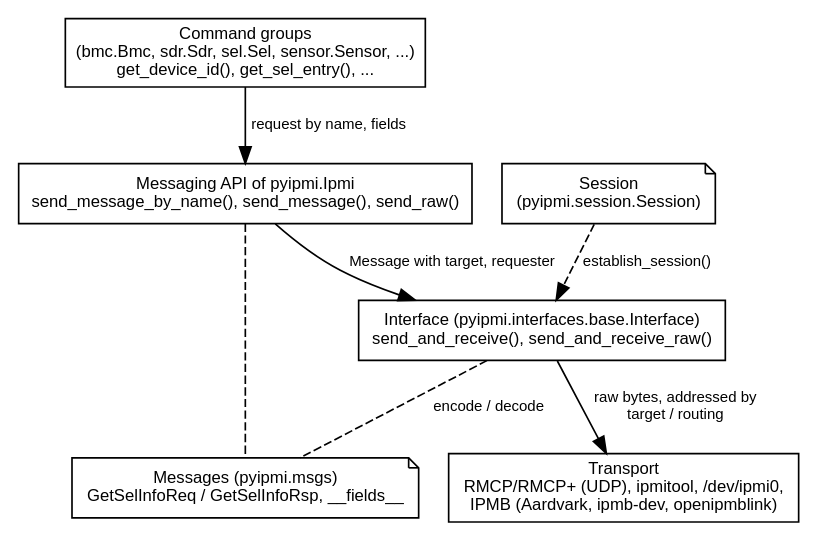
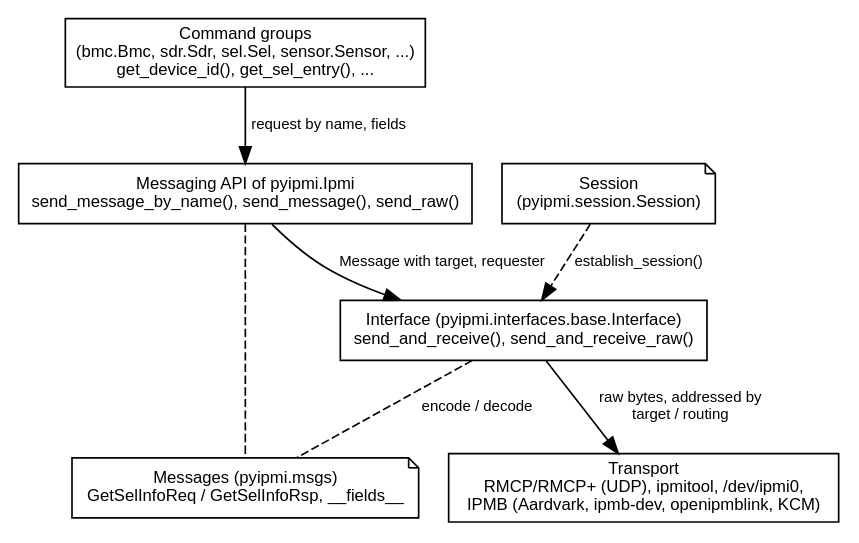
One commit to kontron/python-ipmi changed the diagram in docs/source/interfaces.rst. Above: the diagram before and after it, drawn with Graphviz. The commit also changed other lines of this file and 11 other files, not shown here.

```diff
--- a/docs/source/interfaces.rst
+++ b/docs/source/interfaces.rst
@@ -14,21 +14,21 @@
 .. graphviz::
 
    digraph layers {
        rankdir=TB;
        node [shape=box, fontname="sans-serif", fontsize=10];
        edge [fontname="sans-serif", fontsize=9];
 
        commands [label="Command groups\n(bmc.Bmc, sdr.Sdr, sel.Sel, sensor.Sensor, ...)\nget_device_id(), get_sel_entry(), ..."];
        messaging [label="Messaging API of pyipmi.Ipmi\nsend_message_by_name(), send_message(), send_raw()"];
        msgs [label="Messages (pyipmi.msgs)\nGetSelInfoReq / GetSelInfoRsp, __fields__", shape=note];
        interface [label="Interface (pyipmi.interfaces.base.Interface)\nsend_and_receive(), send_and_receive_raw()"];
-       transport [label="Transport\nRMCP/RMCP+ (UDP), ipmitool, /dev/ipmi0,\nIPMB (Aardvark, ipmb-dev, openipmblink)"];
+       transport [label="Transport\nRMCP/RMCP+ (UDP), ipmitool, /dev/ipmi0,\nIPMB (Aardvark, ipmb-dev, openipmblink, KCM)"];
        session [label="Session\n(pyipmi.session.Session)", shape=note];
 
        commands -> messaging [label=" request by name, fields"];
        messaging -> interface [label=" Message with target, requester"];
        interface -> transport [label=" raw bytes, addressed by\n target / routing"];
        messaging -> msgs [style=dashed, arrowhead=none];
        interface -> msgs [style=dashed, arrowhead=none, label=" encode / decode"];
        session -> interface [style=dashed, label=" establish_session()"];
    }
```
